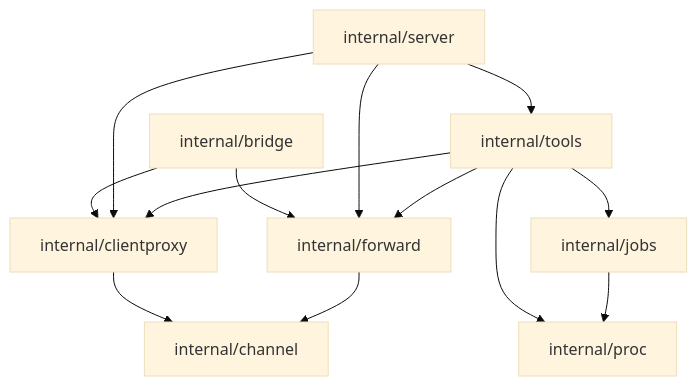
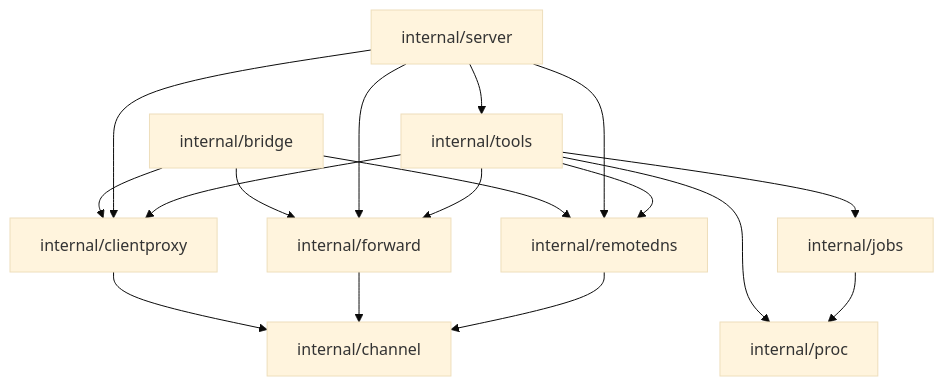
The diagram in docs/en/development.md (Hondarer/host-shell-mcp), drawn with Mermaid (base theme) before and after one commit. The commit also changed other lines of this file and 16 other files, not shown here.

Commit message:
docs: refine documentation and add supported configuration diagram to README

````diff
--- a/docs/en/development.md
+++ b/docs/en/development.md
@@ -225,15 +229,19 @@
 ```mermaid
 flowchart TB
     Bridge["internal/bridge"] --> Proxy["internal/clientproxy"]
     Bridge --> Forward["internal/forward"]
+    Bridge --> DNS["internal/remotedns"]
     Server["internal/server"] --> Tools["internal/tools"]
     Server --> Proxy
     Server --> Forward
+    Server --> DNS
     Tools --> Proxy
     Tools --> Forward
+    Tools --> DNS
     Tools --> Jobs["internal/jobs"]
     Tools --> Proc["internal/proc"]
     Jobs --> Proc
     Proxy --> Channel["internal/channel"]
     Forward --> Channel
+    DNS --> Channel
 ```
````
